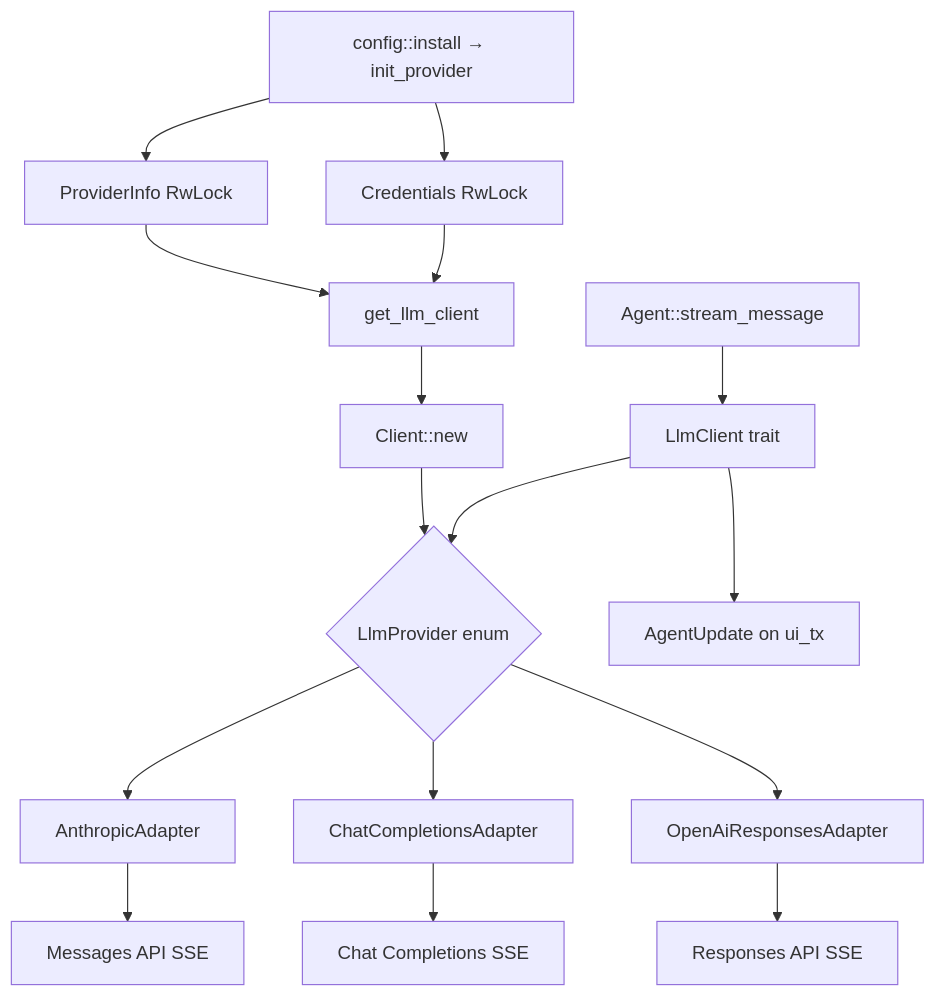
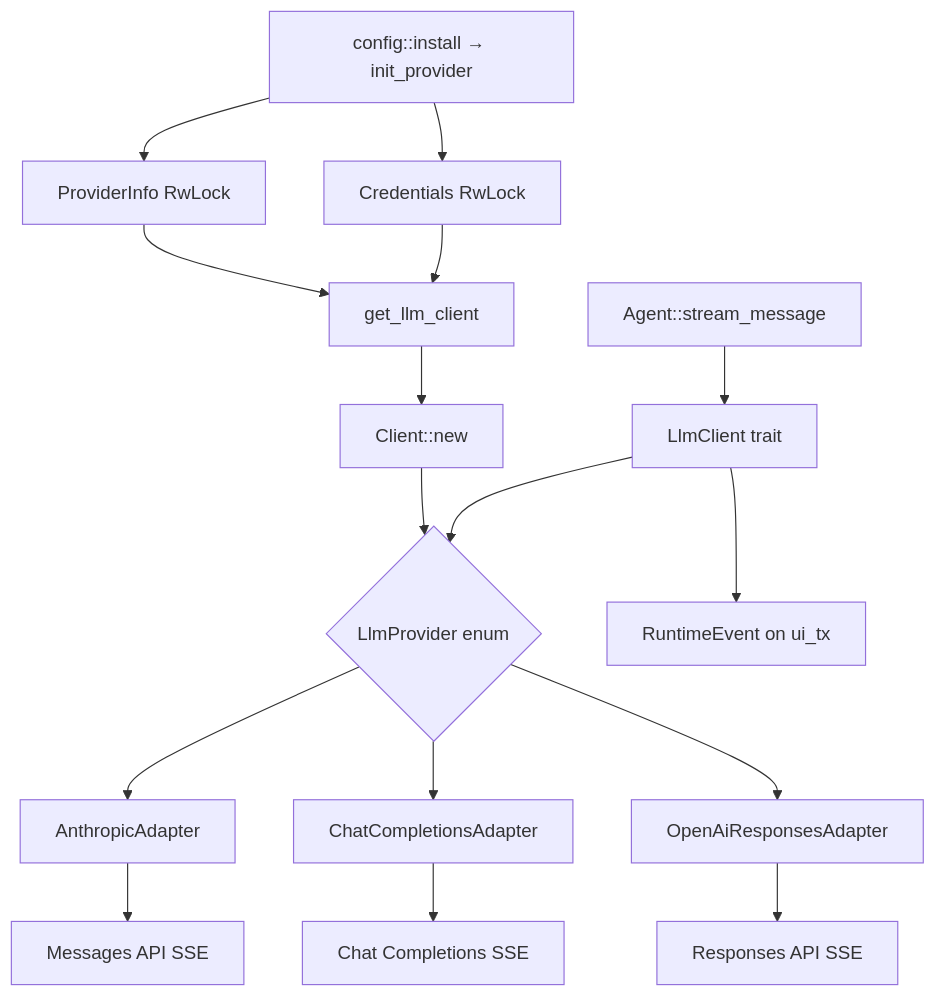
One commit to rust-infra/tact changed the first of 5 diagrams in book/22_chapter_llm_zh.md. Above: the diagram before and after it, drawn with Mermaid. The commit also changed other lines of this file and 17 other files, not shown here.

First line of the commit message:
docs(book): the agent→TUI enum is RuntimeEvent, not AgentUpdate

````diff
--- a/book/22_chapter_llm_zh.md
+++ b/book/22_chapter_llm_zh.md
@@ -13,18 +13,18 @@
 ```mermaid
 flowchart TB
     Config[config::install → init_provider] --> PI[ProviderInfo RwLock]
     Config --> Cred[Credentials RwLock]
     PI --> Get[get_llm_client]
     Cred --> Get
     Get --> Build[Client::new]
     Build --> LP{LlmProvider enum}
     LP --> Anthropic[AnthropicAdapter]
     LP --> ChatCompletions[ChatCompletionsAdapter]
     LP --> Responses[OpenAiResponsesAdapter]
     Anthropic --> API1[Messages API SSE]
     ChatCompletions --> API2[Chat Completions SSE]
     Responses --> API3[Responses API SSE]
     Agent[Agent::stream_message] --> LlmClient[LlmClient trait]
     LlmClient --> LP
-    LlmClient --> TUI[AgentUpdate on ui_tx]
+    LlmClient --> TUI[RuntimeEvent on ui_tx]
 ```
````
